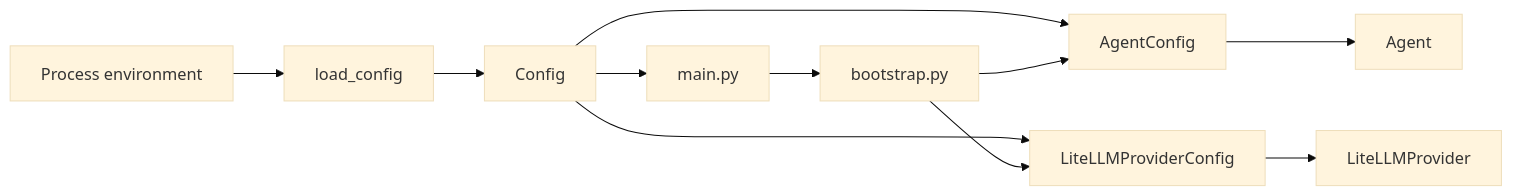
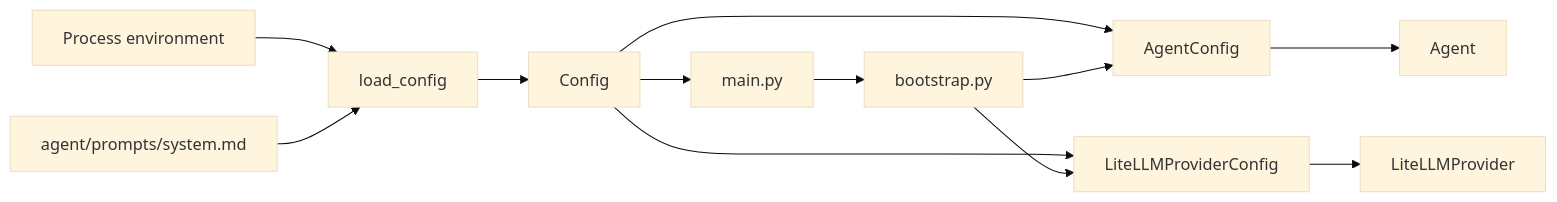
One commit to Nisakoo/BMSTU-NIRS changed the diagram in docs/configuration.md. Above: the diagram before and after it, drawn with Mermaid (base theme). The commit also changed other lines of this file and 13 other files, not shown here.

Commit message:
feat(agent): add versioned system prompt

````diff
--- a/docs/configuration.md
+++ b/docs/configuration.md
@@ -23,23 +23,25 @@
 ```mermaid
 flowchart LR
     Environment[Process environment]
+    Prompt[agent/prompts/system.md]
     Loader[load_config]
     Config[Config]
     Entrypoint[main.py]
     Bootstrap[bootstrap.py]
     AgentConfig[AgentConfig]
     LLMConfig[LiteLLMProviderConfig]
     Agent[Agent]
     Provider[LiteLLMProvider]
 
     Environment --> Loader
+    Prompt --> Loader
     Loader --> Config
     Config --> Entrypoint
     Entrypoint --> Bootstrap
     Config --> AgentConfig
     Config --> LLMConfig
     Bootstrap --> AgentConfig
     Bootstrap --> LLMConfig
     AgentConfig --> Agent
     LLMConfig --> Provider
 ```
````
